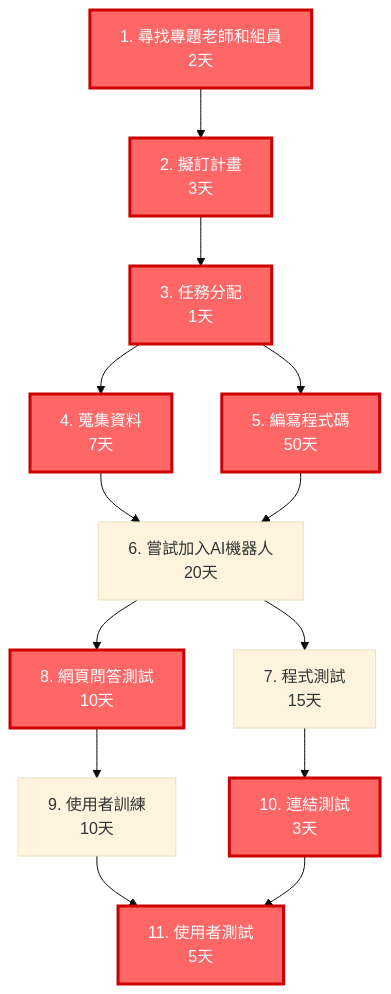
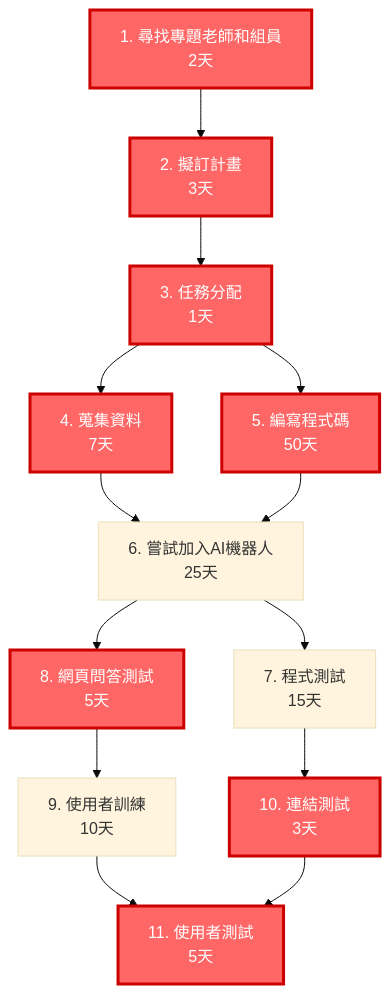
One commit to c112118202-droid/- changed the first of 2 diagrams in hw2.md. Above: the diagram before and after it, drawn with Mermaid (base theme). The commit also changed other lines of this file, not shown here.

````diff
--- a/hw2.md
+++ b/hw2.md
@@ -9,19 +9,19 @@
 ```mermaid
 graph TD
     A[1. 尋找專題老師和組員<br/>2天] --> B[2. 擬訂計畫<br/>3天]
     B --> C[3. 任務分配<br/>1天]
     C --> D[4. 蒐集資料<br/>7天]
     C --> E[5. 編寫程式碼<br/>50天]
     D --> G
-    E --> G[6. 嘗試加入AI機器人<br/>20天]
+    E --> G[6. 嘗試加入AI機器人<br/>25天]
     G --> H[7. 程式測試<br/>15天]
-    G --> I[8. 網頁問答測試<br/>10天]
+    G --> I[8. 網頁問答測試<br/>5天]
     I --> J[9. 使用者訓練<br/>10天]
     H --> K[10. 連結測試<br/>3天]
     J --> L[11. 使用者測試<br/>5天]
     K --> L
     
     class A,B,C,D,E,F,I,K,L critical
     classDef critical fill:#ff6666,stroke:#cc0000,stroke-width:3px,color:#ffffff;
     classDef normal fill:#f0f0f0,stroke:#333,stroke-width:2px,color:#000000;
 ```
````
